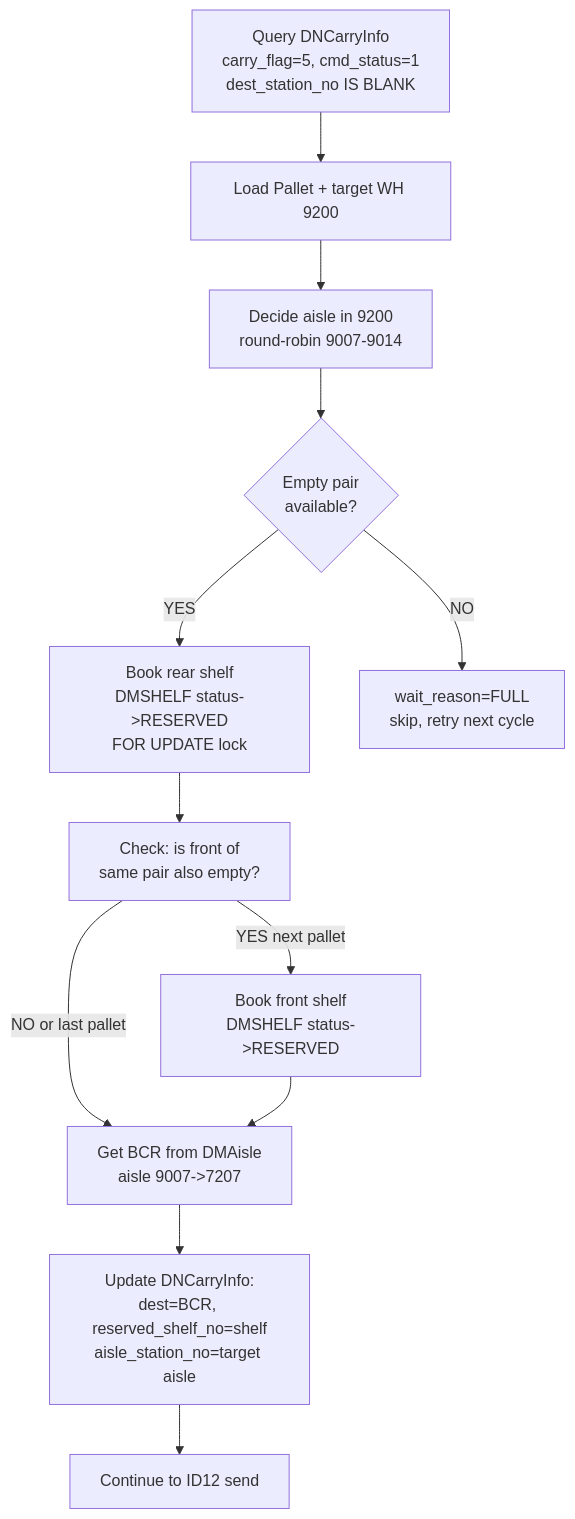
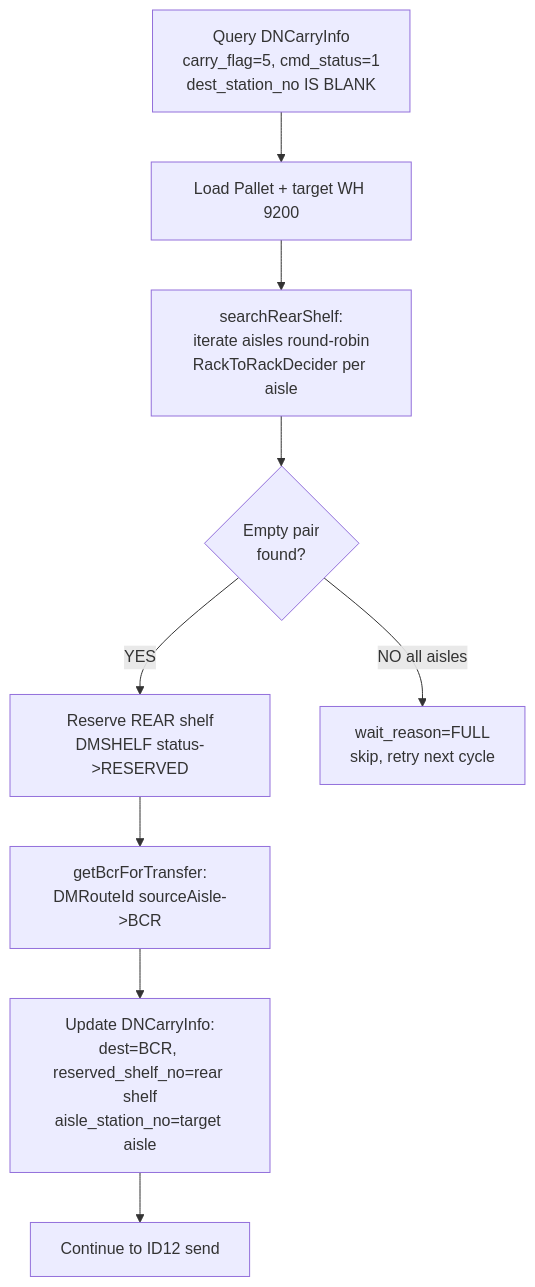
One commit to luthfiadityaa/SimeDarby-Wiki changed the second of 3 diagrams in Basic-Design/DFD-WMS/Retrieval/Transfer-Setting/Tempering-to-Ambient.md. Above: the diagram before and after it, drawn with Mermaid. The commit also changed other lines of this file, not shown here.

First line of the commit message:
#6614 Simplified transfer design: rear-only booking, no StorageSender changes

```diff
--- a/Basic-Design/DFD-WMS/Retrieval/Transfer-Setting/Tempering-to-Ambient.md
+++ b/Basic-Design/DFD-WMS/Retrieval/Transfer-Setting/Tempering-to-Ambient.md
@@ -337,14 +266,11 @@
 ::: mermaid
 flowchart TD
     A[Query DNCarryInfo<br/>carry_flag=5, cmd_status=1<br/>dest_station_no IS BLANK] --> B[Load Pallet + target WH 9200]
-    B --> C[Decide aisle in 9200<br/>round-robin 9007-9014]
-    C --> D{Empty pair<br/>available?}
-    D -->|YES| E[Book rear shelf<br/>DMSHELF status->RESERVED<br/>FOR UPDATE lock]
-    D -->|NO| F[wait_reason=FULL<br/>skip, retry next cycle]
-    E --> G[Check: is front of<br/>same pair also empty?]
-    G -->|YES next pallet| H[Book front shelf<br/>DMSHELF status->RESERVED]
-    G -->|NO or last pallet| I[Get BCR from DMAisle<br/>aisle 9007->7207]
-    H --> I
-    I --> J[Update DNCarryInfo:<br/>dest=BCR, reserved_shelf_no=shelf<br/>aisle_station_no=target aisle]
-    J --> K[Continue to ID12 send]
+    B --> C[searchRearShelf:<br/>iterate aisles round-robin<br/>RackToRackDecider per aisle]
+    C --> D{Empty pair<br/>found?}
+    D -->|YES| E[Reserve REAR shelf<br/>DMSHELF status->RESERVED]
+    D -->|NO all aisles| F[wait_reason=FULL<br/>skip, retry next cycle]
+    E --> G[getBcrForTransfer:<br/>DMRouteId sourceAisle->BCR]
+    G --> H[Update DNCarryInfo:<br/>dest=BCR, reserved_shelf_no=rear shelf<br/>aisle_station_no=target aisle]
+    H --> I[Continue to ID12 send]
 :::
```
